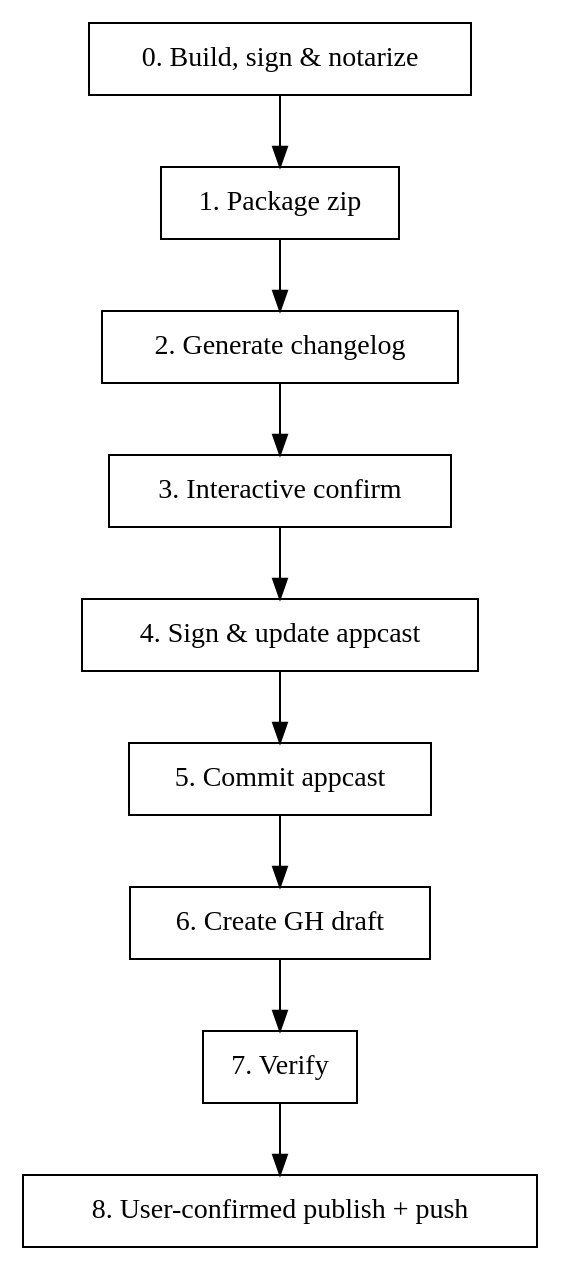
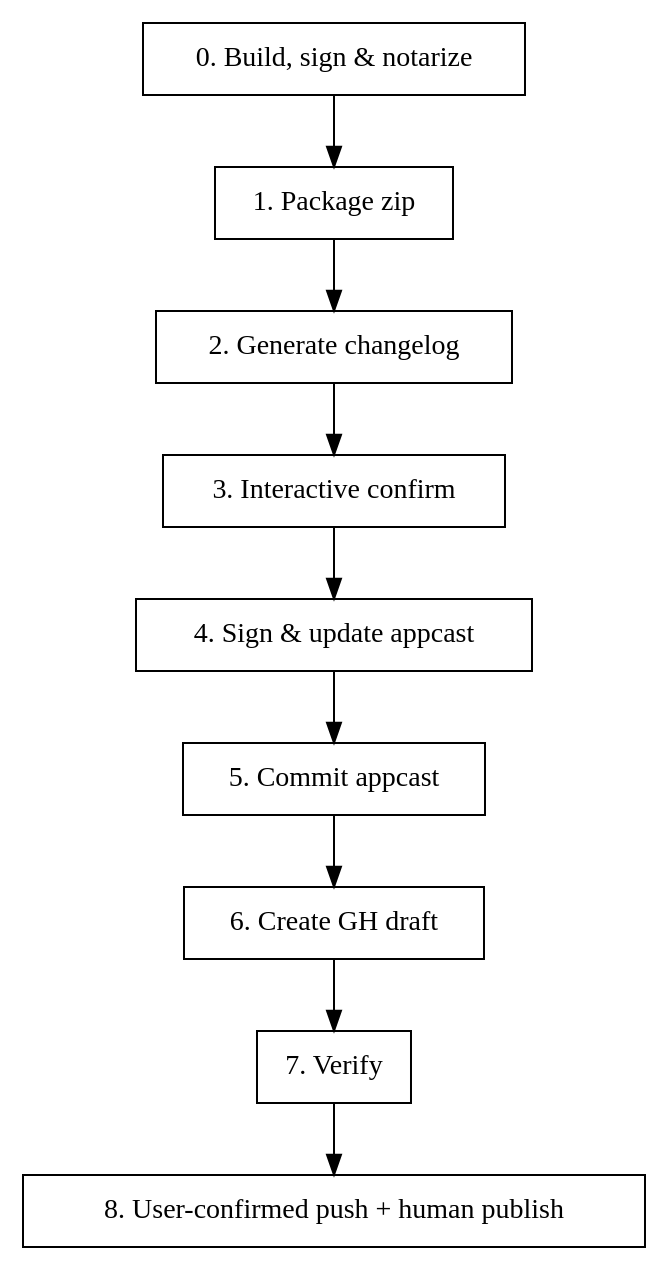
Before and after one commit to Mu-L/Mos: the diagram in .agents/skills/release-preparation/SKILL.md, drawn with Graphviz. The commit also changed other lines of this file, not shown here.

First line of the commit message:
Clarify draft handoff and publish steps

````diff
--- a/.agents/skills/release-preparation/SKILL.md
+++ b/.agents/skills/release-preparation/SKILL.md
@@ -37,15 +37,15 @@
 ```dot
 digraph release {
   rankdir=TB;
   node [shape=box];
 
   "0. Build, sign & notarize" -> "1. Package zip";
   "1. Package zip" -> "2. Generate changelog";
   "2. Generate changelog" -> "3. Interactive confirm";
   "3. Interactive confirm" -> "4. Sign & update appcast";
   "4. Sign & update appcast" -> "5. Commit appcast";
   "5. Commit appcast" -> "6. Create GH draft";
   "6. Create GH draft" -> "7. Verify";
-  "7. Verify" -> "8. User-confirmed publish + push";
+  "7. Verify" -> "8. User-confirmed push + human publish";
 }
 ```
````
